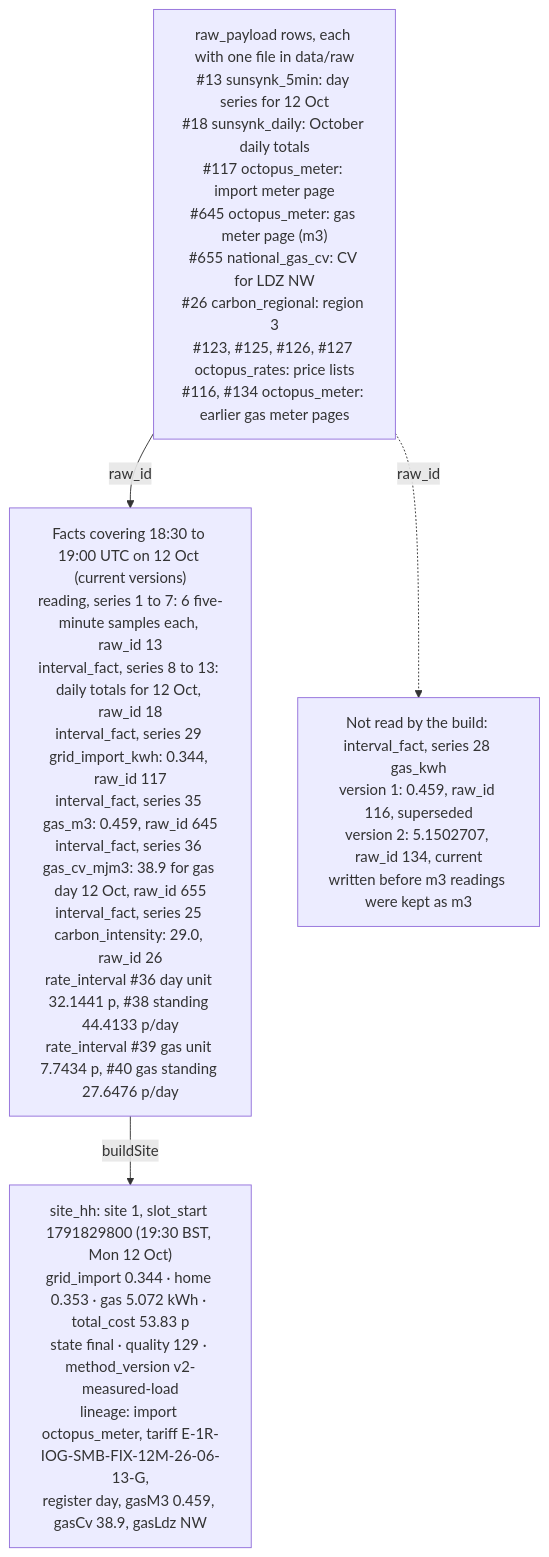
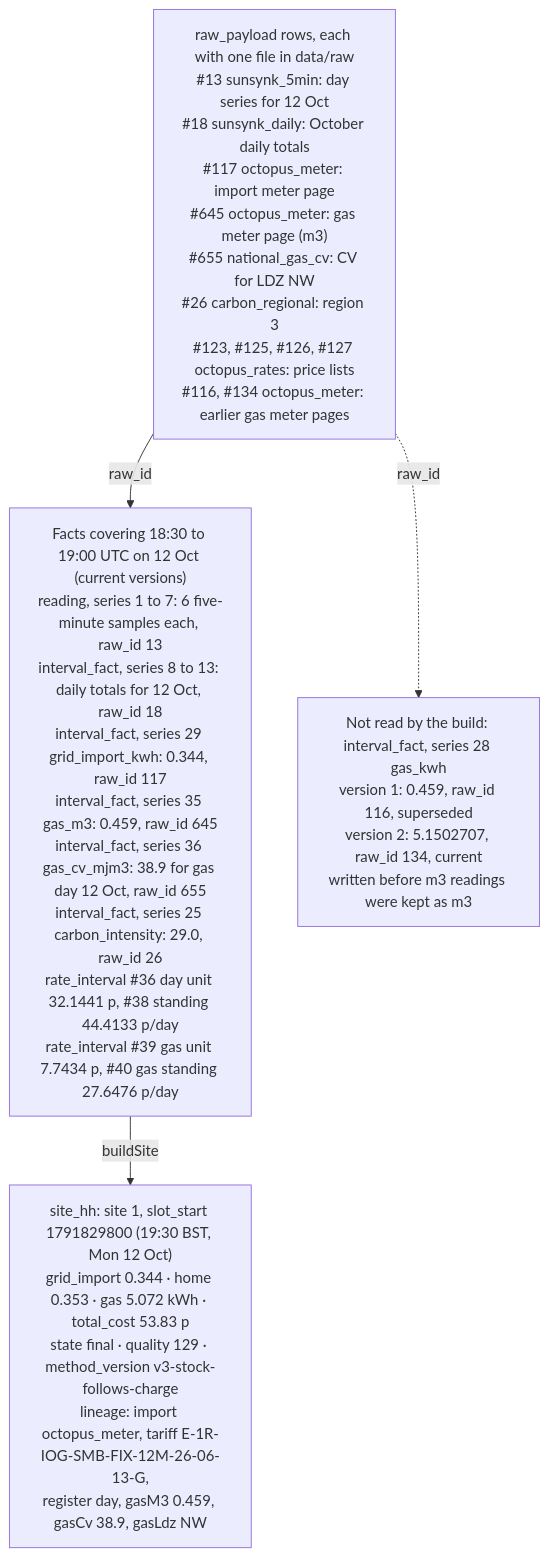
One commit to sshahriazz/energiebee-core-prototype changed the diagram in docs/diagrams/db-lineage.mmd. Above: the diagram before and after it, drawn with Mermaid. The commit also changed 18 other files, not shown here.

First line of the commit message:
feat: enhance energy flow calculations and UI details

```diff
--- a/docs/diagrams/db-lineage.mmd
+++ b/docs/diagrams/db-lineage.mmd
@@ -1,8 +1,8 @@
 flowchart TB
   RAW["raw_payload rows, each with one file in data/raw<br/>#13 sunsynk_5min: day series for 12 Oct<br/>#18 sunsynk_daily: October daily totals<br/>#117 octopus_meter: import meter page<br/>#645 octopus_meter: gas meter page (m3)<br/>#655 national_gas_cv: CV for LDZ NW<br/>#26 carbon_regional: region 3<br/>#123, #125, #126, #127 octopus_rates: price lists<br/>#116, #134 octopus_meter: earlier gas meter pages"]
   FACTS["Facts covering 18:30 to 19:00 UTC on 12 Oct (current versions)<br/>reading, series 1 to 7: 6 five-minute samples each, raw_id 13<br/>interval_fact, series 8 to 13: daily totals for 12 Oct, raw_id 18<br/>interval_fact, series 29 grid_import_kwh: 0.344, raw_id 117<br/>interval_fact, series 35 gas_m3: 0.459, raw_id 645<br/>interval_fact, series 36 gas_cv_mjm3: 38.9 for gas day 12 Oct, raw_id 655<br/>interval_fact, series 25 carbon_intensity: 29.0, raw_id 26<br/>rate_interval #36 day unit 32.1441 p, #38 standing 44.4133 p/day<br/>rate_interval #39 gas unit 7.7434 p, #40 gas standing 27.6476 p/day"]
   OLD["Not read by the build: interval_fact, series 28 gas_kwh<br/>version 1: 0.459, raw_id 116, superseded<br/>version 2: 5.1502707, raw_id 134, current<br/>written before m3 readings were kept as m3"]
-  HH["site_hh: site 1, slot_start 1791829800 (19:30 BST, Mon 12 Oct)<br/>grid_import 0.344 · home 0.353 · gas 5.072 kWh · total_cost 53.83 p<br/>state final · quality 129 · method_version v2-measured-load<br/>lineage: import octopus_meter, tariff E-1R-IOG-SMB-FIX-12M-26-06-13-G,<br/>register day, gasM3 0.459, gasCv 38.9, gasLdz NW"]
+  HH["site_hh: site 1, slot_start 1791829800 (19:30 BST, Mon 12 Oct)<br/>grid_import 0.344 · home 0.353 · gas 5.072 kWh · total_cost 53.83 p<br/>state final · quality 129 · method_version v3-stock-follows-charge<br/>lineage: import octopus_meter, tariff E-1R-IOG-SMB-FIX-12M-26-06-13-G,<br/>register day, gasM3 0.459, gasCv 38.9, gasLdz NW"]
   RAW -- "raw_id" --> FACTS
   FACTS -- "buildSite" --> HH
   RAW -. "raw_id" .-> OLD
```
